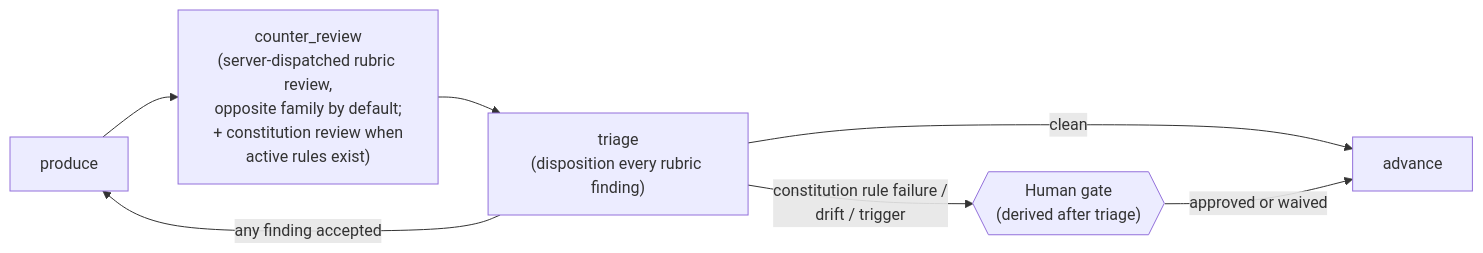
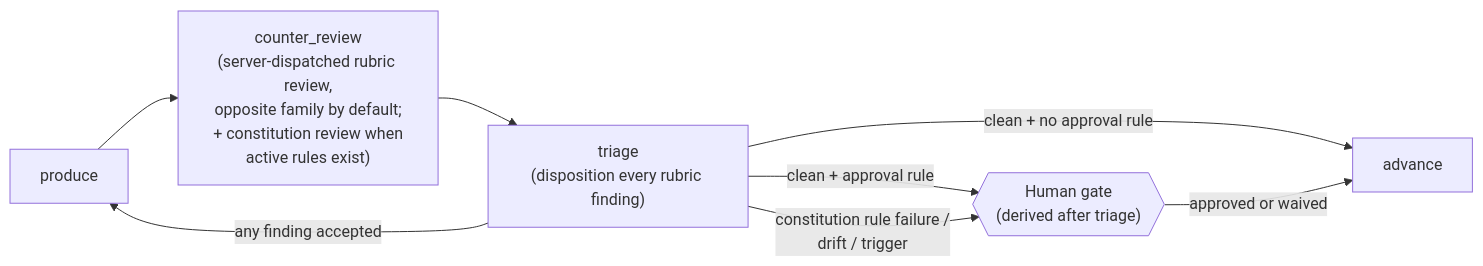
Before and after one commit to Aroton/ArchflowV2: the second of 2 diagrams in docs/OVERVIEW.md, drawn with Mermaid. The commit also changed other lines of this file and 136 other files, not shown here.

````diff
--- a/docs/OVERVIEW.md
+++ b/docs/OVERVIEW.md
@@ -54,9 +54,10 @@
 ```mermaid
 flowchart LR
     P[produce] --> CR["counter_review<br/>(server-dispatched rubric review,<br/>opposite family by default;<br/>+ constitution review when<br/>active rules exist)"]
     CR --> T["triage<br/>(disposition every rubric finding)"]
     T -->|"any finding accepted"| P
-    T -->|"clean"| Adv[advance]
+    T -->|"clean + no approval rule"| Adv[advance]
+    T -->|"clean + approval rule"| G
     T -->|"constitution rule failure /<br/>drift / trigger"| G{{"Human gate<br/>(derived after triage)"}}
     G -->|approved or waived| Adv
 ```
````
